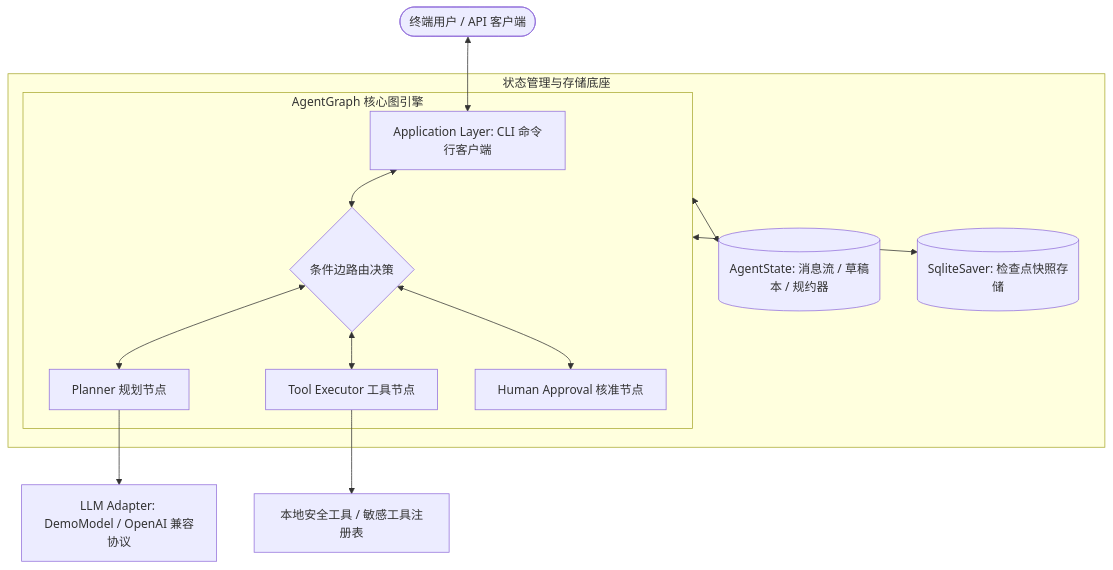
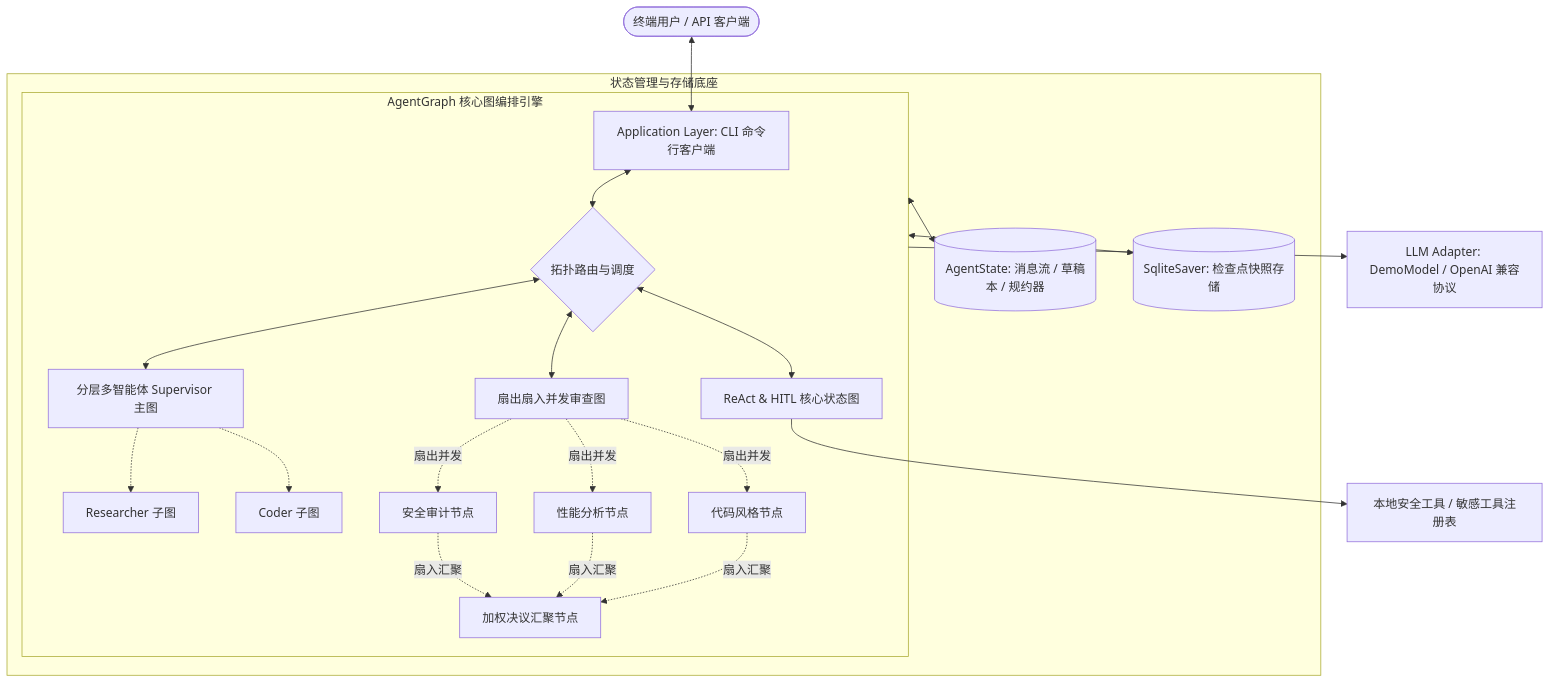
The first of 2 diagrams in README.md (theGitForDalibor/AgentGraph), drawn with Mermaid before and after one commit. The commit also changed other lines of this file and 1 other file, not shown here.

Commit message:
fix: Update test status in README and enhance feature descriptions for hierarchical and parallel execution

````diff
--- a/README.md
+++ b/README.md
@@ -55,19 +61,27 @@
 ```mermaid
 flowchart TD
     User([终端用户 / API 客户端]) <--> App[Application Layer: CLI 命令行客户端]
     
-    subgraph Engine["AgentGraph 核心图引擎"]
-        App <--> Router{条件边路由决策}
-        Router <--> Planner[Planner 规划节点]
-        Router <--> Tool[Tool Executor 工具节点]
-        Router <--> Approval[Human Approval 核准节点]
+    subgraph Engine["AgentGraph 核心图编排引擎"]
+        App <--> Router{拓扑路由与调度}
+        Router <--> CoreGraph[ReAct & HITL 核心状态图]
+        Router <--> HierarchicalGraph[分层多智能体 Supervisor 主图]
+        Router <--> ParallelGraph[扇出扇入并发审查图]
+        
+        HierarchicalGraph -.-> SubResearcher[Researcher 子图]
+        HierarchicalGraph -.-> SubCoder[Coder 子图]
+        
+        ParallelGraph -. 扇出并发 .-> SecNode[安全审计节点]
+        ParallelGraph -. 扇出并发 .-> PerfNode[性能分析节点]
+        ParallelGraph -. 扇出并发 .-> StyleNode[代码风格节点]
+        SecNode & PerfNode & StyleNode -. 扇入汇聚 .-> Aggregator[加权决议汇聚节点]
     end
 
     subgraph StateManagement["状态管理与存储底座"]
         Engine <--> State[(AgentState: 消息流 / 草稿本 / 规约器)]
         Engine <--> Checkpointer[(SqliteSaver: 检查点快照存储)]
     end
 
-    Tool --> ExtTools[本地安全工具 / 敏感工具注册表]
-    Planner --> ModelAdapter[LLM Adapter: DemoModel / OpenAI 兼容协议]
+    CoreGraph --> ExtTools[本地安全工具 / 敏感工具注册表]
+    Engine --> ModelAdapter[LLM Adapter: DemoModel / OpenAI 兼容协议]
 ```
````
